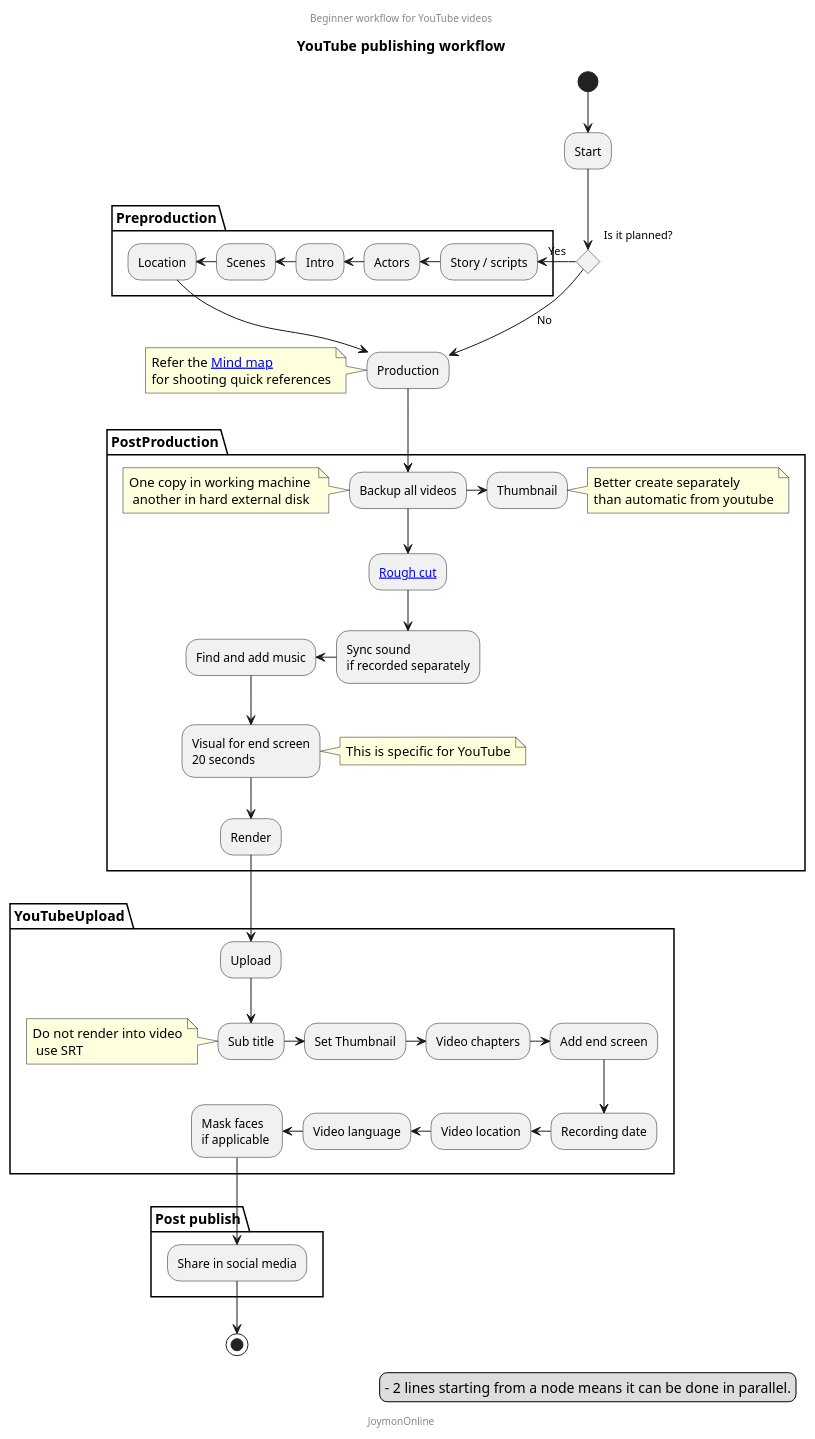
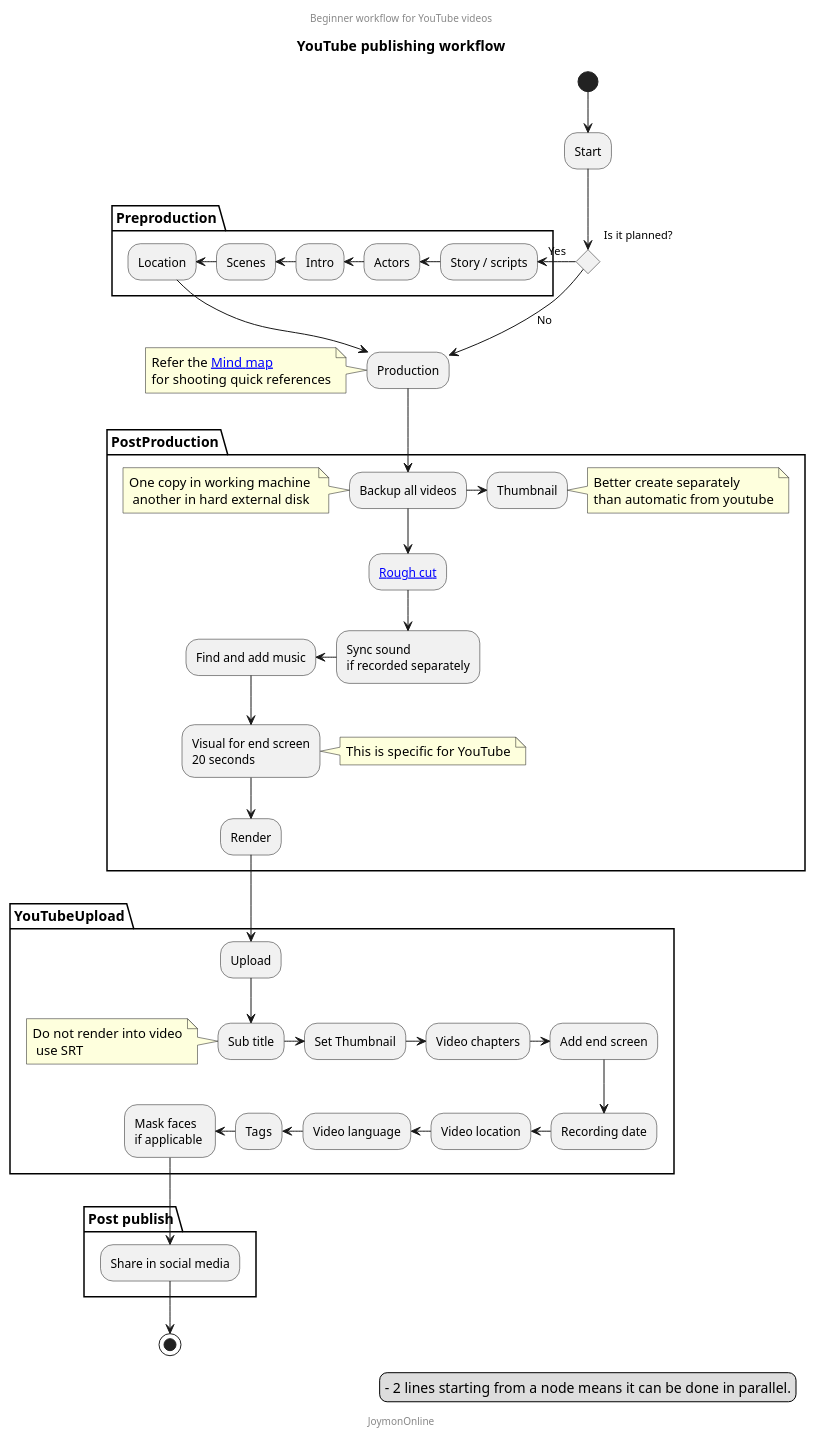
The diagram in media/video/beginer-youtube-workflow.puml (mind-maps/technology), drawn with PlantUML before and after one commit.

Commit message:
updaetd the youtube flow

```diff
--- a/media/video/beginer-youtube-workflow.puml
+++ b/media/video/beginer-youtube-workflow.puml
@@ -1,56 +1,57 @@
 @startuml
 Title YouTube publishing workflow
 center header
 Beginner workflow for YouTube videos
 endheader
 (*) -->"Start"
 if "Is it planned?" then
 partition "Preproduction" {
     --left> [Yes] "Story / scripts"
     --left> "Actors"
     --left> "Intro"
     --left> "Scenes"
     -left-> "Location"
 }
 --> "Production" as P
 note left:Refer the [[https://www.plantuml.com/plantuml/proxy?fmt=svg&cache=no&src=https://raw.githubusercontent.com/mind-maps/technology/master/media/video/publishing.puml Mind map]] \nfor shooting quick references
 else
 -->[No] P
 endif
 partition PostProduction {
     --> "Backup all videos" as B
     note left:One copy in working machine \n another in hard external disk
     --> "[[https://en.wikipedia.org/wiki/Rough_cut Rough cut]]" as RC
     --> "Sync sound\nif recorded separately"
     --left> "Find and add music"
     --> "Visual for end screen\n20 seconds"
     note right:This is specific for YouTube
     --> "Render" as R
     B -right-> "Thumbnail"
     note right: Better create separately \nthan automatic from youtube
 }
 partition YouTubeUpload {
 
     R --> "Upload" as U
     U --> "Sub title" as ST
     note left:Do not render into video\n use SRT
     ST--right> "Set Thumbnail" as STN
     STN --right> "Video chapters" as VC
     VC --right> "Add end screen" as ES
     ES --> "Recording date"
     --left> "Video location"
     --left> "Video language"
+    --left> "Tags"
     --left> "Mask faces \nif applicable " as MF
 }
 partition "Post publish"{
     --> "Share in social media" as SM
 
 }
 -->(*)
 center footer JoymonOnline
 
 legend right
   - 2 lines starting from a node means it can be done in parallel.
 endlegend
 
 @enduml
```
